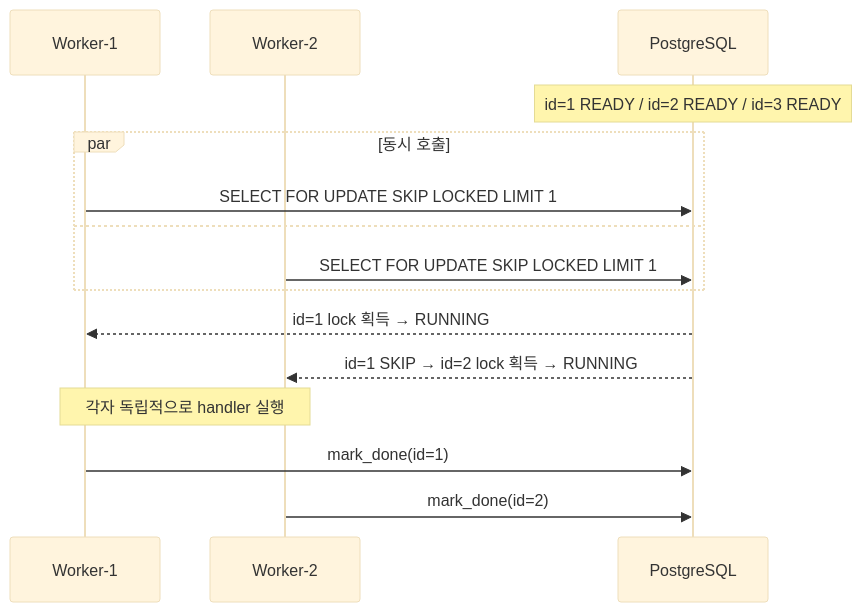
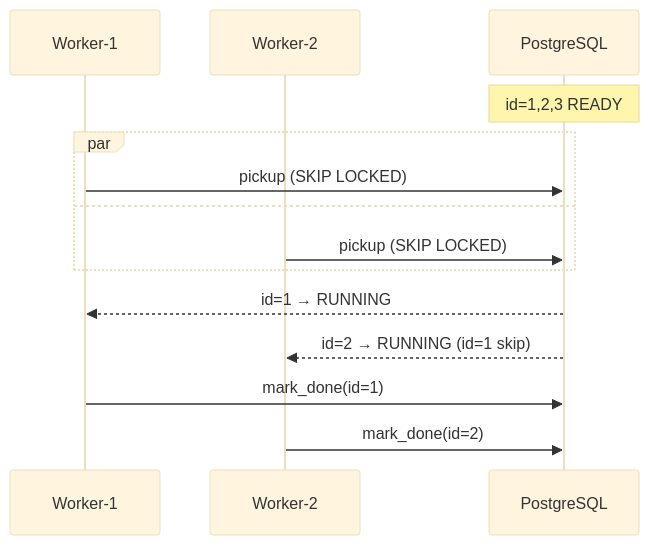
One commit to changhyeon363/pqrun changed the eighth of 8 diagrams in docs/developer/architecture.md. Above: the diagram before and after it, drawn with Mermaid (base theme). The commit also changed other lines of this file and 9 other files, not shown here.

````diff
--- a/docs/developer/architecture.md
+++ b/docs/developer/architecture.md
@@ -179,22 +173,20 @@
 ```mermaid
 sequenceDiagram
     participant W1 as Worker-1
     participant W2 as Worker-2
     participant DB as PostgreSQL
 
-    Note over DB: id=1 READY / id=2 READY / id=3 READY
+    Note over DB: id=1,2,3 READY
 
-    par 동시 호출
-        W1->>DB: SELECT FOR UPDATE SKIP LOCKED LIMIT 1
+    par
+        W1->>DB: pickup (SKIP LOCKED)
     and
-        W2->>DB: SELECT FOR UPDATE SKIP LOCKED LIMIT 1
+        W2->>DB: pickup (SKIP LOCKED)
     end
 
-    DB-->>W1: id=1 lock 획득 → RUNNING
-    DB-->>W2: id=1 SKIP → id=2 lock 획득 → RUNNING
-
-    Note over W1,W2: 각자 독립적으로 handler 실행
+    DB-->>W1: id=1 → RUNNING
+    DB-->>W2: id=2 → RUNNING (id=1 skip)
 
     W1->>DB: mark_done(id=1)
     W2->>DB: mark_done(id=2)
 ```
````
